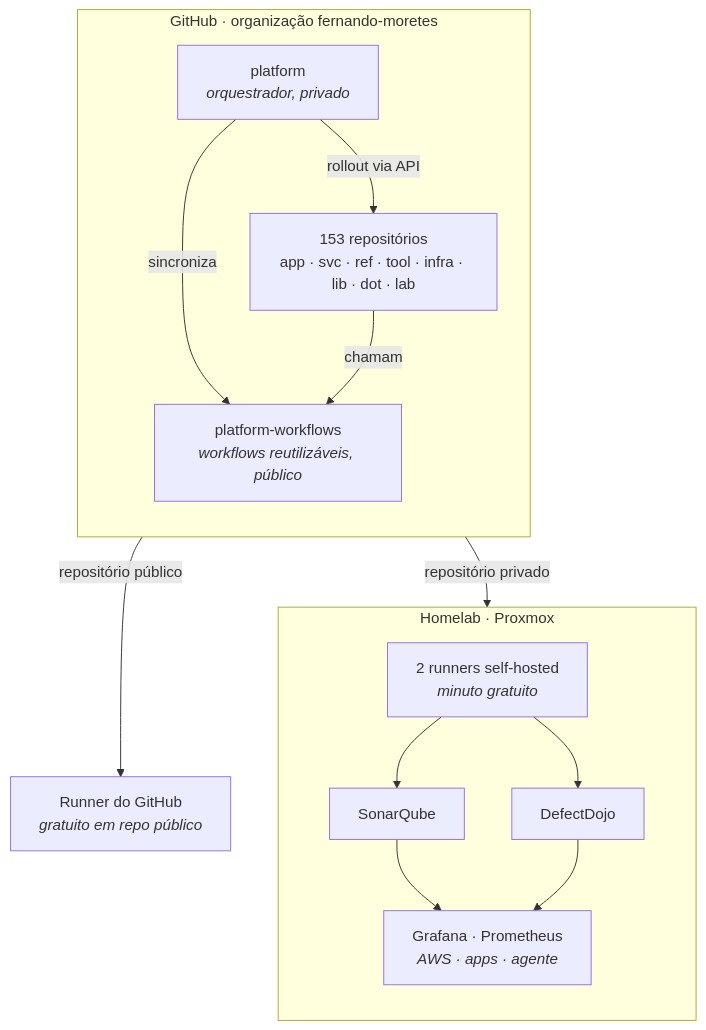
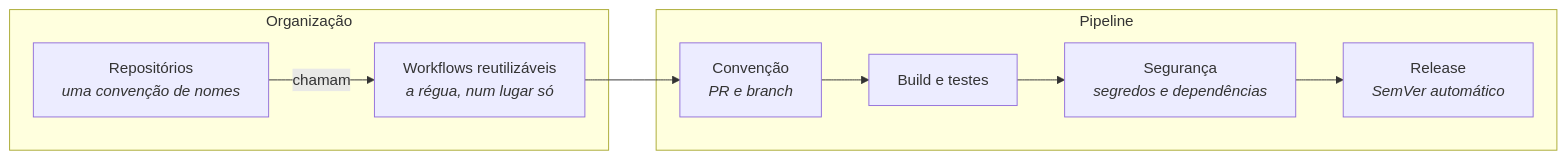
One commit to fernando-moretes/.github changed the diagram in profile/README.md. Above: the diagram before and after it, drawn with Mermaid. The commit also changed other lines of this file, not shown here.

````diff
--- a/profile/README.md
+++ b/profile/README.md
@@ -31,29 +32,17 @@
 ```mermaid
-flowchart TB
-    subgraph GH["GitHub · organização fernando-moretes"]
-        direction TB
-        REPOS["153 repositórios<br/>app · svc · ref · tool · infra · lib · dot · lab"]
-        WF["platform-workflows<br/><i>workflows reutilizáveis, público</i>"]
-        PLAT["platform<br/><i>orquestrador, privado</i>"]
+flowchart LR
+    subgraph ORG["Organização"]
+        REPOS["Repositórios<br/><i>uma convenção de nomes</i>"]
+        WF["Workflows reutilizáveis<br/><i>a régua, num lugar só</i>"]
     end
 
-    subgraph HOME["Homelab · Proxmox"]
-        direction TB
-        RUN["2 runners self-hosted<br/><i>minuto gratuito</i>"]
-        SONAR["SonarQube"]
-        DOJO["DefectDojo"]
-        OBS["Grafana · Prometheus<br/><i>AWS · apps · agente</i>"]
+    subgraph PIPE["Pipeline"]
+        LINT["Convenção<br/><i>PR e branch</i>"]
+        CI["Build e testes"]
+        SEC["Segurança<br/><i>segredos e dependências</i>"]
+        REL["Release<br/><i>SemVer automático</i>"]
     end
 
-    HOSTED["Runner do GitHub<br/><i>gratuito em repo público</i>"]
-
-    PLAT -->|"sincroniza"| WF
-    PLAT -->|"rollout via API"| REPOS
     REPOS -->|"chamam"| WF
-    WF -->|"repositório privado"| RUN
-    WF -->|"repositório público"| HOSTED
-    RUN --> SONAR
-    RUN --> DOJO
-    SONAR --> OBS
-    DOJO --> OBS
+    WF --> LINT --> CI --> SEC --> REL
 ```
````
